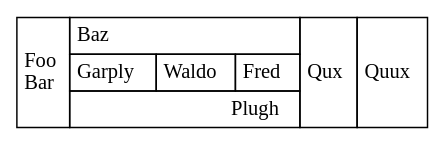
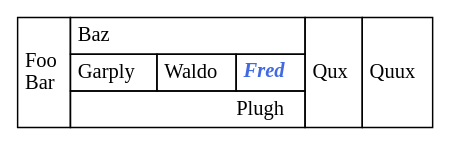
One commit to mariusz-schimke/GiGraph changed diagram 13 of 39 in README.md. Above: the diagram before and after it, drawn with Graphviz. The commit also changed other lines of this file and 3 other files, not shown here.

````diff
--- a/README.md
+++ b/README.md
@@ -695,21 +708,6 @@
 ```dot
 digraph
 {
-    Bar [ label = <<TABLE BORDER="0" CELLBORDER="1" CELLSPACING="0" CELLPADDING="4">
-        <TR>
-            <TD ROWSPAN="3">Foo<BR/>Bar</TD>
-            <TD COLSPAN="3" ALIGN="LEFT">Baz</TD>
-            <TD ROWSPAN="3">Qux</TD>
-            <TD ROWSPAN="3">Quux</TD>
-        </TR>
-        <TR>
-            <TD>Garply</TD>
-            <TD>Waldo</TD>
-            <TD PORT="port1">Fred</TD>
-        </TR>
-        <TR>
-            <TD COLSPAN="3" ALIGN="RIGHT">Plugh</TD>
-        </TR>
-    </TABLE>>, shape = plain ]
+    Bar [ label = <<table border="0" cellborder="1" cellpadding="4" cellspacing="0"><tr><td rowspan="3">Foo<br/>Bar</td><td align="LEFT" colspan="3">Baz</td><td rowspan="3">Qux</td><td rowspan="3">Quux</td></tr><tr><td>Garply</td><td>Waldo</td><td port="port1"><font color="royalblue"><b><i>Fred</i></b></font></td></tr><tr><td align="RIGHT" colspan="3">Plugh</td></tr></table>>, shape = plain ]
 }
 ```
````
